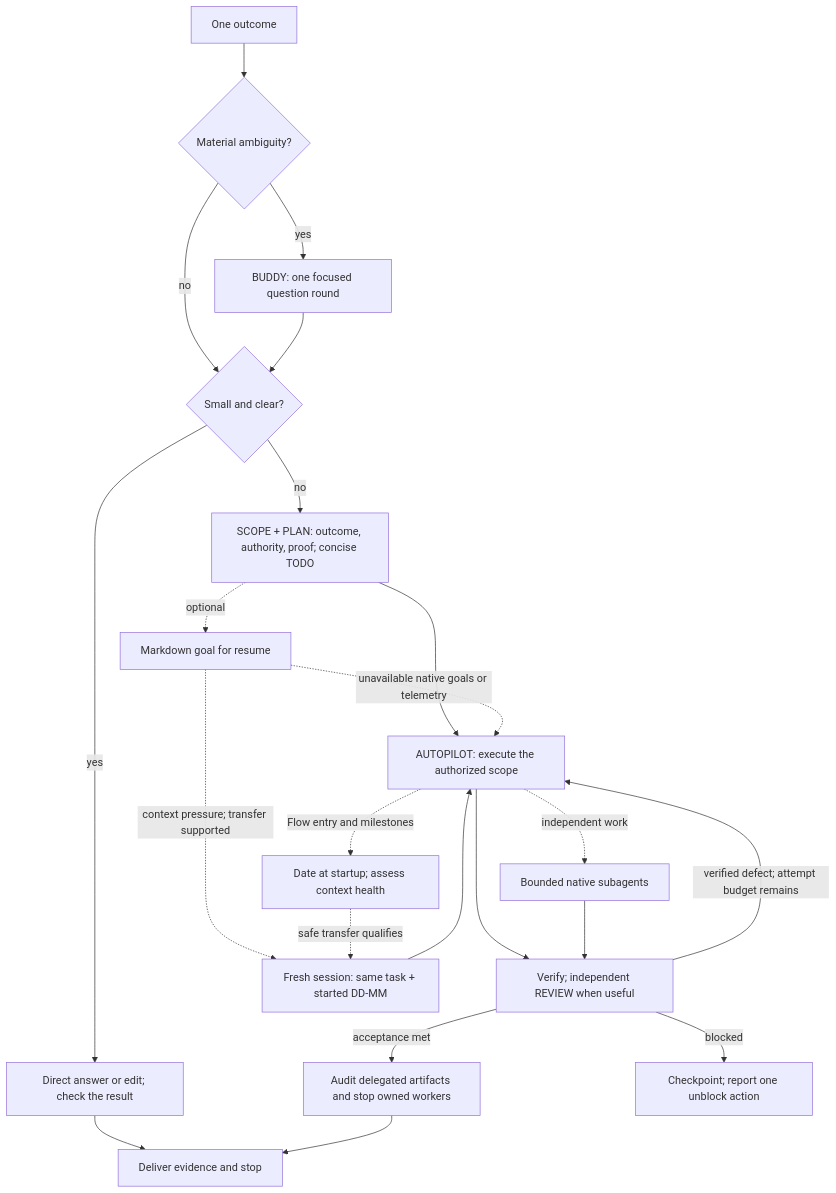
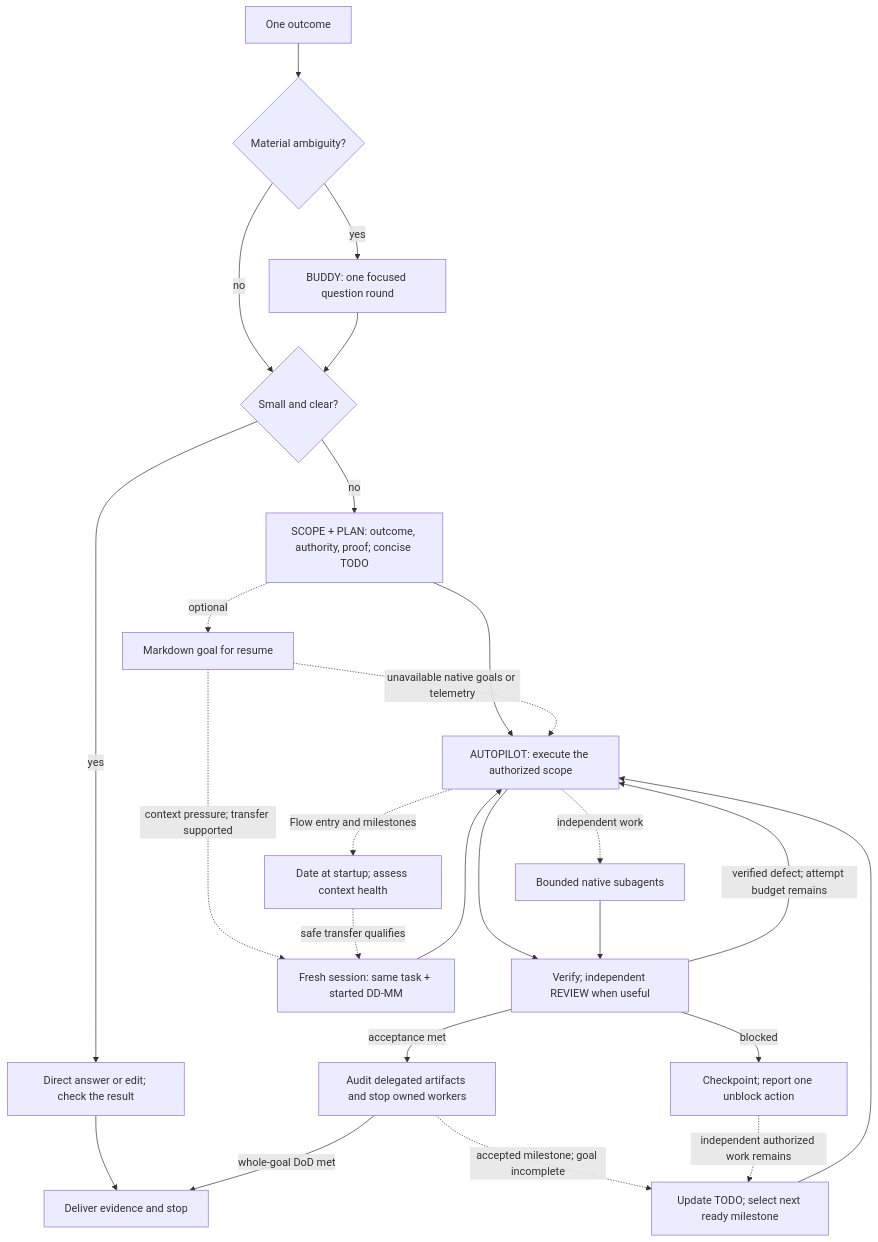
The diagram in README.md (nobrainer-tech/nobrainer-tech-flow), drawn with Mermaid before and after one commit. The commit also changed other lines of this file and 43 other files, not shown here.

````diff
--- a/README.md
+++ b/README.md
@@ -93,24 +93,27 @@
 ```mermaid
 flowchart TD
     A[One outcome] --> B{Material ambiguity?}
     B -->|yes| C[BUDDY: one focused question round]
     B -->|no| D{Small and clear?}
     C --> D
     D -->|yes| E[Direct answer or edit; check the result]
     D -->|no| F[SCOPE + PLAN: outcome, authority, proof; concise TODO]
     F --> G[AUTOPILOT: execute the authorized scope]
     G --> H[Verify; independent REVIEW when useful]
     H -->|verified defect; attempt budget remains| G
     H -->|acceptance met| I[Audit delegated artifacts and stop owned workers]
     H -->|blocked| J[Checkpoint; report one unblock action]
     E --> K[Deliver evidence and stop]
-    I --> K
+    I -->|whole-goal DoD met| K
+    I -. accepted milestone; goal incomplete .-> P[Update TODO; select next ready milestone]
+    P --> G
+    J -. independent authorized work remains .-> P
     F -. optional .-> L[Markdown goal for resume]
     G -. independent work .-> M[Bounded native subagents]
     M --> H
     L -. context pressure; transfer supported .-> N[Fresh session: same task + started DD-MM]
     N --> G
     G -. Flow entry and milestones .-> O[Date at startup; assess context health]
     O -. safe transfer qualifies .-> N
     L -. unavailable native goals or telemetry .-> G
 ```
````
